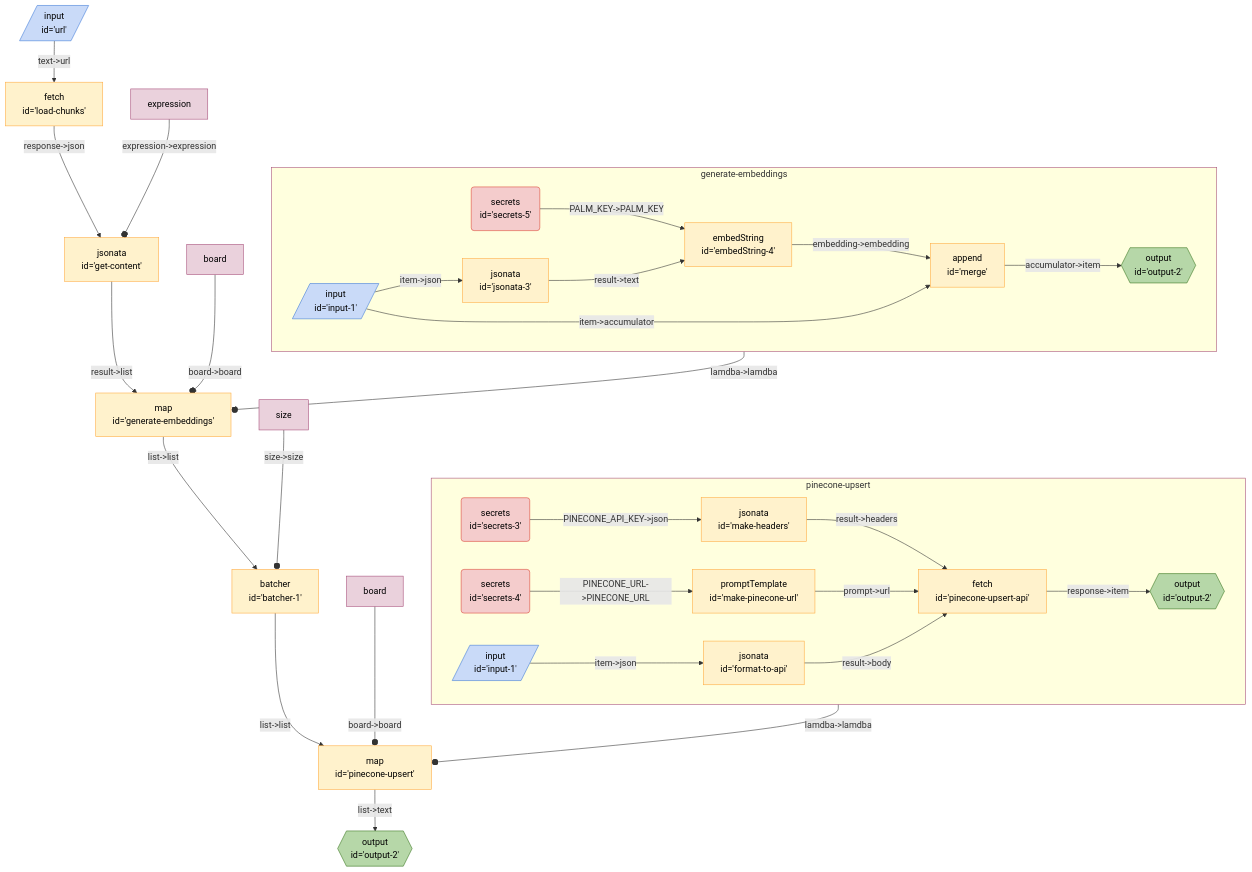
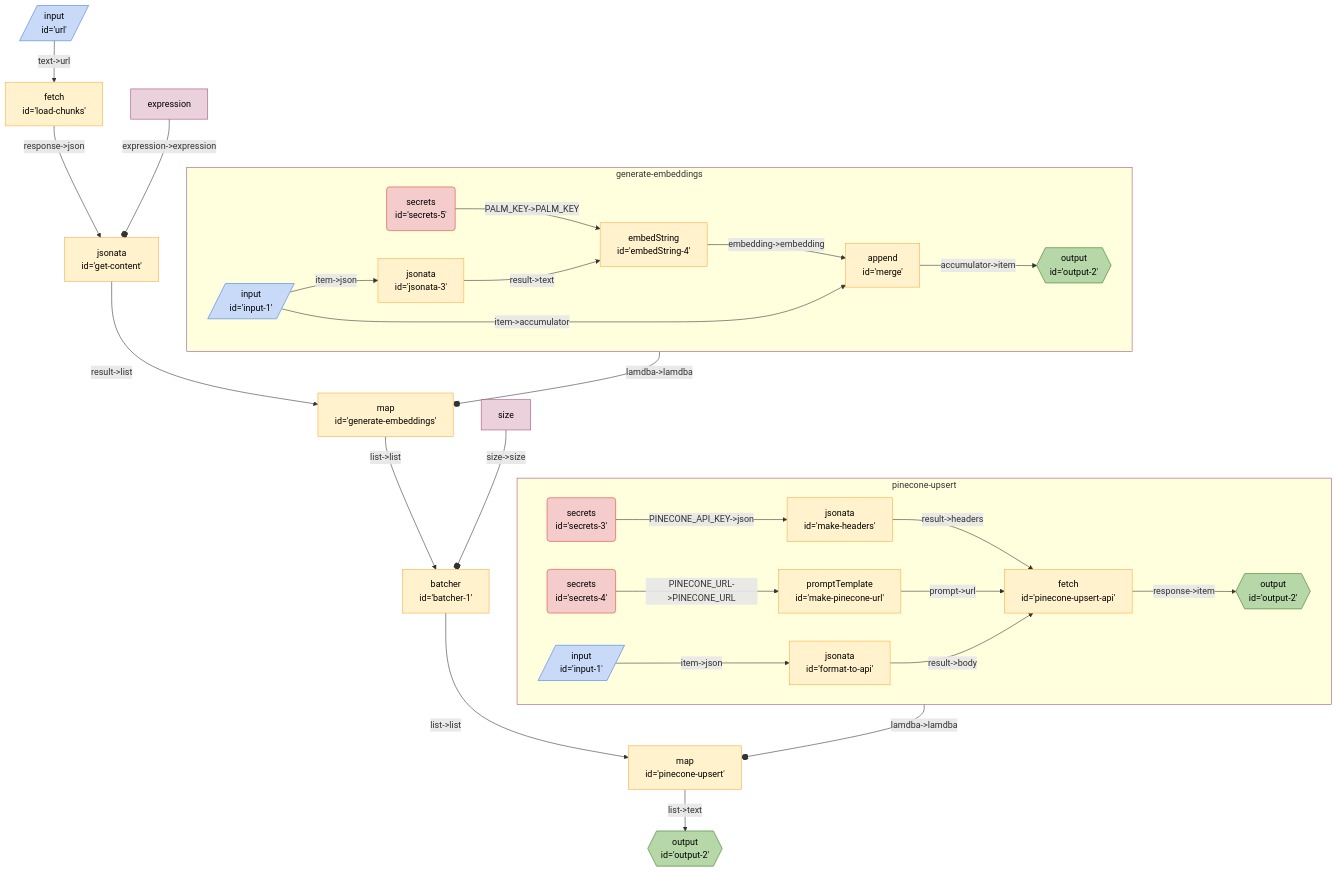
The diagram in seeds/graph-playground/docs/graphs/pinecone-load.md (breadboard-ai/breadboard), drawn with Mermaid before and after one commit. The commit also changed 1 other file, not shown here.

Commit message:
[graph-runner] Avoid wiring `board` so that it looks more normal.

````diff
--- a/seeds/graph-playground/docs/graphs/pinecone-load.md
+++ b/seeds/graph-playground/docs/graphs/pinecone-load.md
@@ -5,43 +5,43 @@
   ```mermaid
   %%{init: 'themeVariables': { 'fontFamily': 'Fira Code, monospace' }}%%
 graph TD;
 pineconeupsert["map <br> id='pinecone-upsert'"] -- "list->text" --> output2{{"output <br> id='output-2'"}}:::output
 subgraph pinecone-upsert
 pineconeupsert_secrets3("secrets <br> id='secrets-3'"):::secrets -- "PINECONE_API_KEY->json" --> pineconeupsert_makeheaders["jsonata <br> id='make-headers'"]
 pineconeupsert_makeheaders["jsonata <br> id='make-headers'"] -- "result->headers" --> pineconeupsert_pineconeupsertapi["fetch <br> id='pinecone-upsert-api'"]
 pineconeupsert_secrets4("secrets <br> id='secrets-4'"):::secrets -- "PINECONE_URL->PINECONE_URL" --> pineconeupsert_makepineconeurl["promptTemplate <br> id='make-pinecone-url'"]
 pineconeupsert_makepineconeurl["promptTemplate <br> id='make-pinecone-url'"] -- "prompt->url" --> pineconeupsert_pineconeupsertapi["fetch <br> id='pinecone-upsert-api'"]
 pineconeupsert_pineconeupsertapi["fetch <br> id='pinecone-upsert-api'"] -- "response->item" --> pineconeupsert_output2{{"output <br> id='output-2'"}}:::output
 pineconeupsert_formattoapi["jsonata <br> id='format-to-api'"] -- "result->body" --> pineconeupsert_pineconeupsertapi["fetch <br> id='pinecone-upsert-api'"]
 pineconeupsert_input1[/"input <br> id='input-1'"/]:::input -- "item->json" --> pineconeupsert_formattoapi["jsonata <br> id='format-to-api'"]
 end
 pinecone-upsert:::slotted -- "lamdba->lamdba" --o pineconeupsert
 
 batcher1["batcher <br> id='batcher-1'"] -- "list->list" --> pineconeupsert["map <br> id='pinecone-upsert'"]
 generateembeddings["map <br> id='generate-embeddings'"] -- "list->list" --> batcher1["batcher <br> id='batcher-1'"]
 subgraph generate-embeddings
 generateembeddings_embedString4["embedString <br> id='embedString-4'"] -- "embedding->embedding" --> generateembeddings_merge["append <br> id='merge'"]
 generateembeddings_secrets5("secrets <br> id='secrets-5'"):::secrets -- "PALM_KEY->PALM_KEY" --> generateembeddings_embedString4["embedString <br> id='embedString-4'"]
 generateembeddings_jsonata3["jsonata <br> id='jsonata-3'"] -- "result->text" --> generateembeddings_embedString4["embedString <br> id='embedString-4'"]
 generateembeddings_input1[/"input <br> id='input-1'"/]:::input -- "item->json" --> generateembeddings_jsonata3["jsonata <br> id='jsonata-3'"]
 generateembeddings_merge["append <br> id='merge'"] -- "accumulator->item" --> generateembeddings_output2{{"output <br> id='output-2'"}}:::output
 generateembeddings_input1[/"input <br> id='input-1'"/]:::input -- "item->accumulator" --> generateembeddings_merge["append <br> id='merge'"]
 end
 generate-embeddings:::slotted -- "lamdba->lamdba" --o generateembeddings
 
 getcontent["jsonata <br> id='get-content'"] -- "result->list" --> generateembeddings["map <br> id='generate-embeddings'"]
 loadchunks["fetch <br> id='load-chunks'"] -- "response->json" --> getcontent["jsonata <br> id='get-content'"]
 url[/"input <br> id='url'"/]:::input -- "text->url" --> loadchunks["fetch <br> id='load-chunks'"]
 expressiongetcontent[expression]:::config -- "expression->expression" --o getcontent
-boardgenerateembeddings[board]:::config -- "board->board" --o generateembeddings
+
 sizebatcher1[size]:::config -- "size->size" --o batcher1
-boardpineconeupsert[board]:::config -- "board->board" --o pineconeupsert
+
 classDef default stroke:#ffab40,fill:#fff2ccff,color:#000
 classDef input stroke:#3c78d8,fill:#c9daf8ff,color:#000
 classDef output stroke:#38761d,fill:#b6d7a8ff,color:#000
 classDef passthrough stroke:#a64d79,fill:#ead1dcff,color:#000
 classDef slot stroke:#a64d79,fill:#ead1dcff,color:#000
 classDef config stroke:#a64d79,fill:#ead1dcff,color:#000
 classDef secrets stroke:#db4437,fill:#f4cccc,color:#000
 classDef slotted stroke:#a64d79
   ```
````
